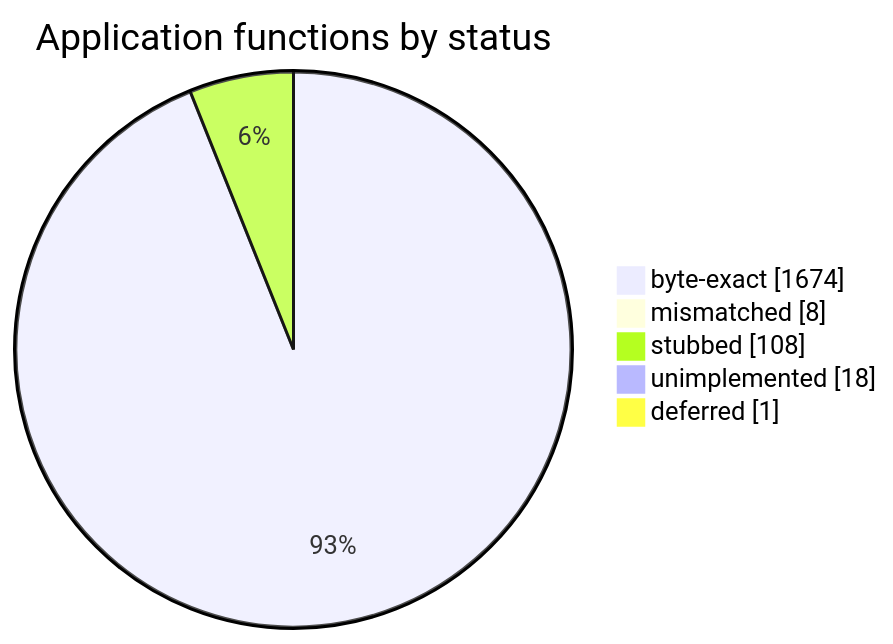
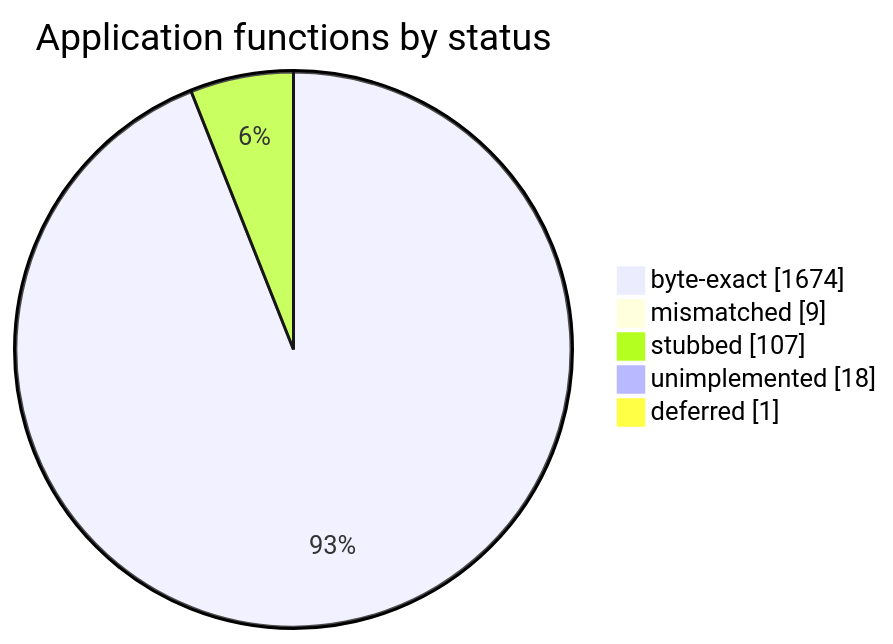
One commit to sorokya/eos changed the diagram in README.md. Above: the diagram before and after it, drawn with Mermaid. The commit also changed other lines of this file and 3 other files, not shown here.

````diff
--- a/README.md
+++ b/README.md
@@ -152,9 +152,9 @@
 ```mermaid
 pie showData
     title Application functions by status
     "byte-exact" : 1674
-    "mismatched" : 8
-    "stubbed" : 108
+    "mismatched" : 9
+    "stubbed" : 107
     "unimplemented" : 18
     "deferred" : 1
 ```
````
